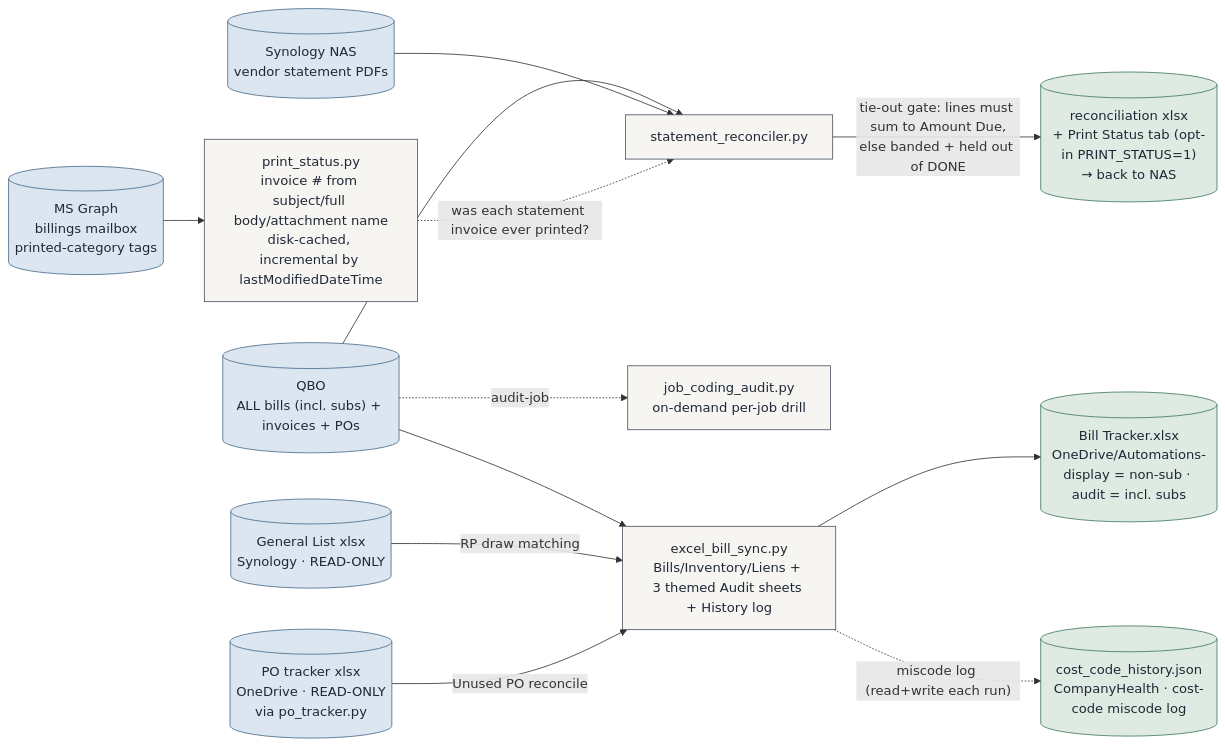
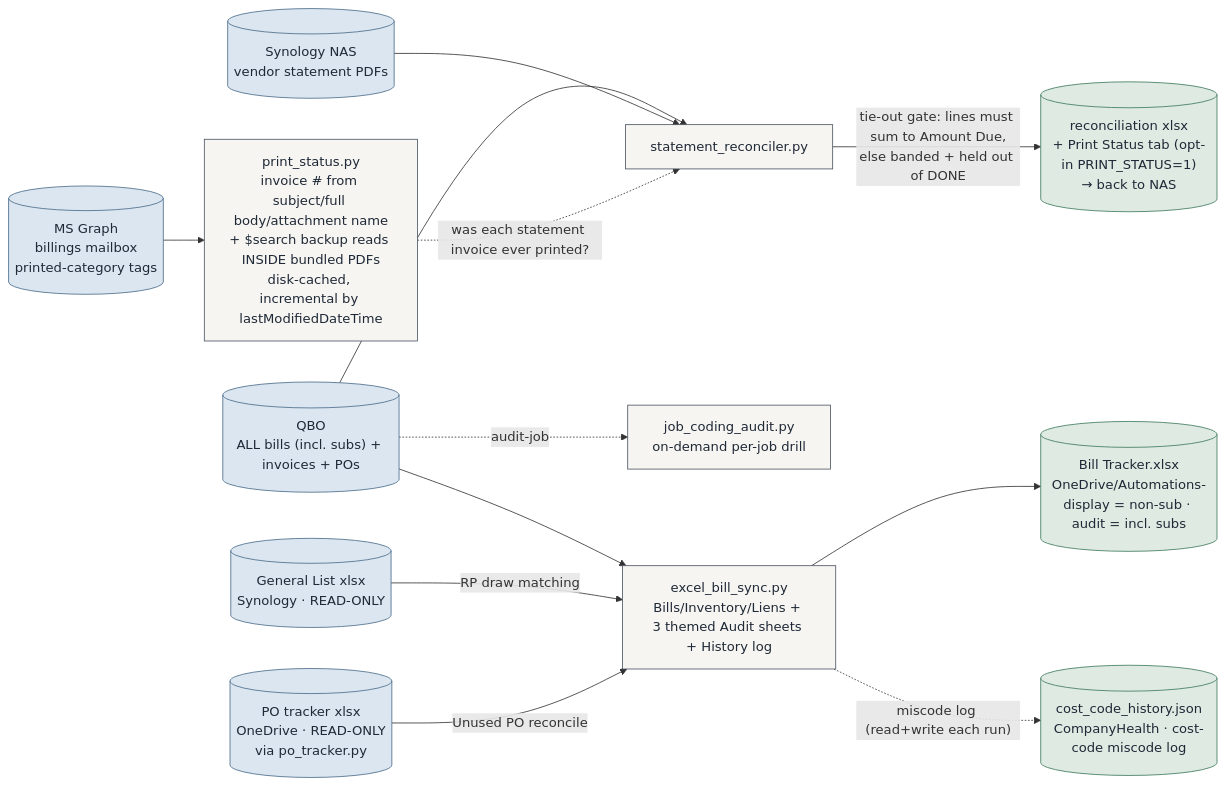
The second of 6 diagrams in docs/ARCHITECTURE.md (Ecarlo-Proficient/Claude-Report), drawn with Mermaid before and after one commit. The commit also changed 3 other files, not shown here.

````diff
--- a/docs/ARCHITECTURE.md
+++ b/docs/ARCHITECTURE.md
@@ -221,28 +221,28 @@
 ```mermaid
 flowchart LR
     classDef src fill:#dbe6f0,stroke:#4A6B8A,color:#1f2937
     classDef tool fill:#f6f5f1,stroke:#4b5563,color:#1f2937
     classDef out fill:#dfeae2,stroke:#3E7A5C,color:#1f2937
 
     QBO[("QBO\nALL bills (incl. subs) + invoices + POs")]:::src
     NAS[("Synology NAS\nvendor statement PDFs")]:::src
     GL[("General List xlsx\nSynology · READ-ONLY")]:::src
     POT[("PO tracker xlsx\nOneDrive · READ-ONLY\nvia po_tracker.py")]:::src
     MBX[("MS Graph\nbillings mailbox\nprinted-category tags")]:::src
     BT["excel_bill_sync.py\nBills/Inventory/Liens + 3 themed Audit sheets + History log"]:::tool
     JCA["job_coding_audit.py\non-demand per-job drill"]:::tool
     SR["statement_reconciler.py"]:::tool
-    PS["print_status.py\ninvoice # from subject/full body/attachment name\ndisk-cached, incremental by lastModifiedDateTime"]:::tool
+    PS["print_status.py\ninvoice # from subject/full body/attachment name\n+ $search backup reads INSIDE bundled PDFs\ndisk-cached, incremental by lastModifiedDateTime"]:::tool
     BX[("Bill Tracker.xlsx\nOneDrive/Automations-\ndisplay = non-sub · audit = incl. subs")]:::out
     CCH[("cost_code_history.json\nCompanyHealth · cost-code miscode log")]:::out
     RX[("reconciliation xlsx\n+ Print Status tab (opt-in PRINT_STATUS=1)\n→ back to NAS")]:::out
 
     QBO --> BT --> BX
     BT -. "miscode log (read+write each run)" .-> CCH
     QBO -. "audit-job" .-> JCA
     GL -- "RP draw matching" --> BT
     POT -- "Unused PO reconcile" --> BT
     QBO --> SR
     NAS --> SR -- "tie-out gate: lines must sum to Amount Due,\nelse banded + held out of DONE" --> RX
     MBX --> PS -. "was each statement invoice ever printed?" .-> SR
 ```
````
